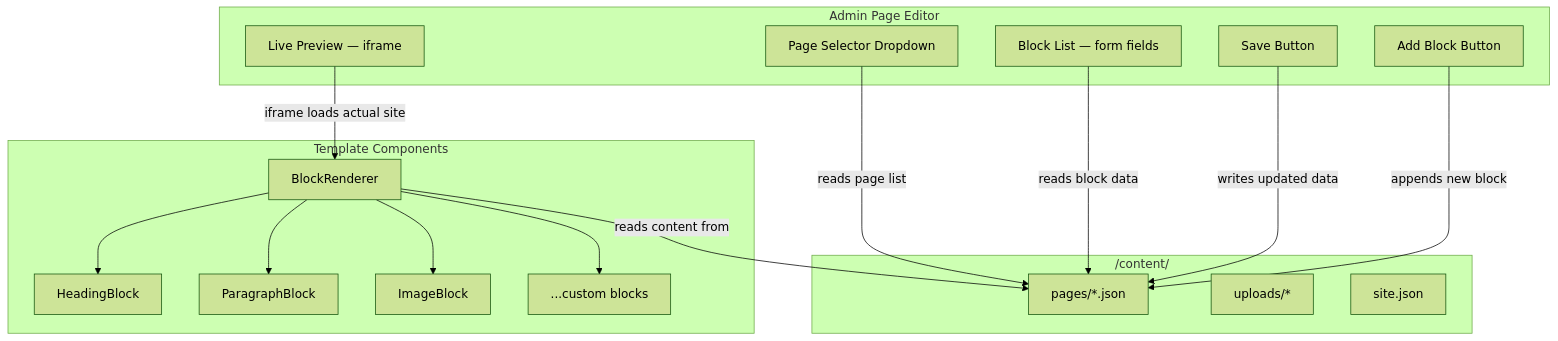
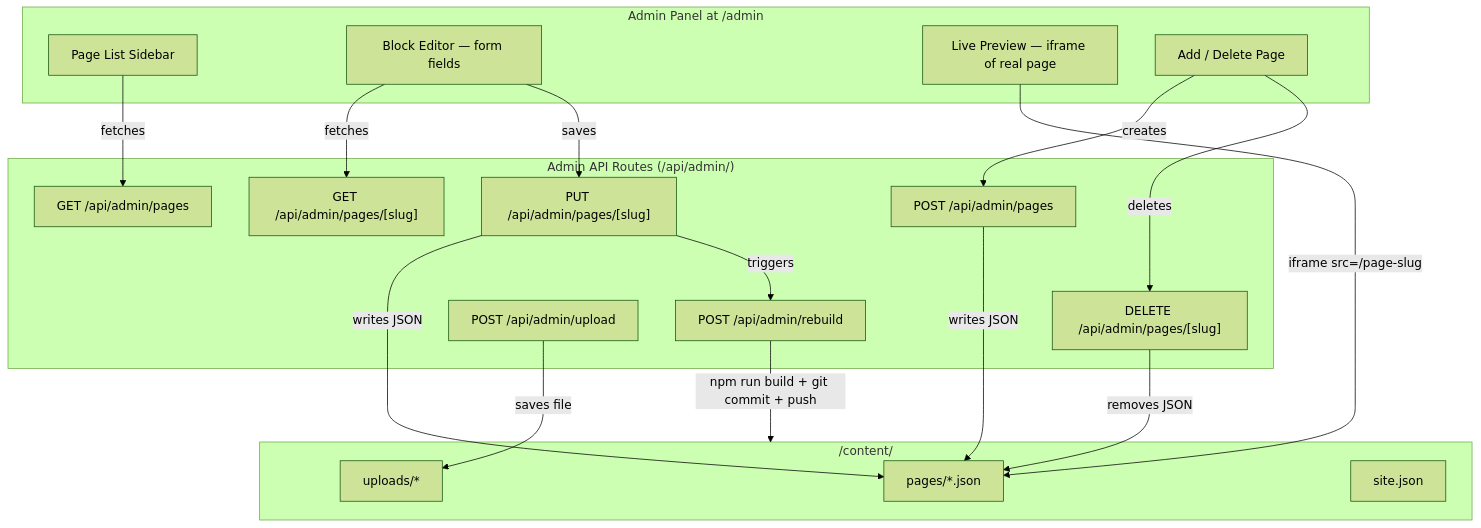
One commit to Hude06/JUDE_WEBSITE changed the sixth of 10 diagrams in ARCHITECTURE.md. Above: the diagram before and after it, drawn with Mermaid (forest theme). The commit also changed other lines of this file and 50 other files, not shown here.

First line of the commit message:
feat: complete framework with admin panel, shadcn/ui, and block system

````diff
--- a/ARCHITECTURE.md
+++ b/ARCHITECTURE.md
@@ -151,35 +175,38 @@
 ```mermaid
 graph TB
-    subgraph EDITOR["Admin Page Editor"]
-        PAGE_SELECT[Page Selector Dropdown]
-        BLOCK_LIST[Block List — form fields]
-        ADD_BLOCK[Add Block Button]
-        SAVE_BTN[Save Button]
-        PREVIEW[Live Preview — iframe]
+    subgraph ADMIN_UI["Admin Panel at /admin"]
+        SIDEBAR[Page List Sidebar]
+        EDITOR[Block Editor — form fields]
+        PREVIEW[Live Preview — iframe of real page]
+        PAGE_MGMT[Add / Delete Page]
     end
 
-    subgraph CONTENT_FILES["/content/"]
+    subgraph API["Admin API Routes (/api/admin/)"]
+        LIST_PAGES["GET /api/admin/pages"]
+        GET_PAGE["GET /api/admin/pages/[slug]"]
+        SAVE_PAGE["PUT /api/admin/pages/[slug]"]
+        CREATE_PAGE["POST /api/admin/pages"]
+        DELETE_PAGE["DELETE /api/admin/pages/[slug]"]
+        UPLOAD_IMG["POST /api/admin/upload"]
+        REBUILD["POST /api/admin/rebuild"]
+    end
+
+    subgraph CONTENT["/content/"]
         PAGES["pages/*.json"]
         UPLOADS["uploads/*"]
         SITE_CONFIG["site.json"]
     end
 
-    subgraph TEMPLATE["Template Components"]
-        BLOCK_RENDERER[BlockRenderer]
-        HEADING[HeadingBlock]
-        PARAGRAPH[ParagraphBlock]
-        IMAGE[ImageBlock]
-        CUSTOM[...custom blocks]
-    end
-
-    PAGE_SELECT -->|reads page list| PAGES
-    BLOCK_LIST -->|reads block data| PAGES
-    SAVE_BTN -->|writes updated data| PAGES
-    ADD_BLOCK -->|appends new block| PAGES
-    PREVIEW -->|iframe loads actual site| BLOCK_RENDERER
-    BLOCK_RENDERER -->|reads content from| PAGES
-    BLOCK_RENDERER --> HEADING
-    BLOCK_RENDERER --> PARAGRAPH
-    BLOCK_RENDERER --> IMAGE
-    BLOCK_RENDERER --> CUSTOM
+    SIDEBAR -->|fetches| LIST_PAGES
+    EDITOR -->|fetches| GET_PAGE
+    EDITOR -->|saves| SAVE_PAGE
+    PAGE_MGMT -->|creates| CREATE_PAGE
+    PAGE_MGMT -->|deletes| DELETE_PAGE
+    SAVE_PAGE -->|writes JSON| PAGES
+    SAVE_PAGE -->|triggers| REBUILD
+    CREATE_PAGE -->|writes JSON| PAGES
+    DELETE_PAGE -->|removes JSON| PAGES
+    UPLOAD_IMG -->|saves file| UPLOADS
+    REBUILD -->|npm run build + git commit + push| CONTENT
+    PREVIEW -->|iframe src=/page-slug| PAGES
 ```
````
